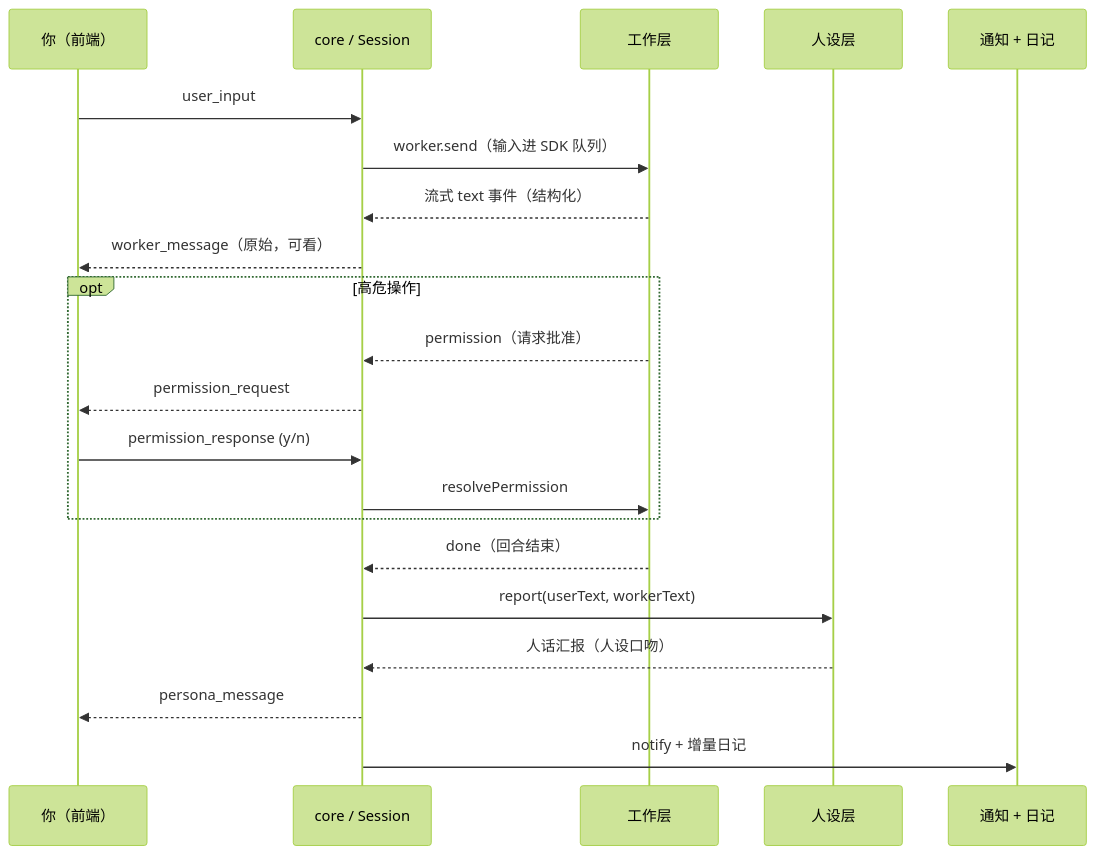
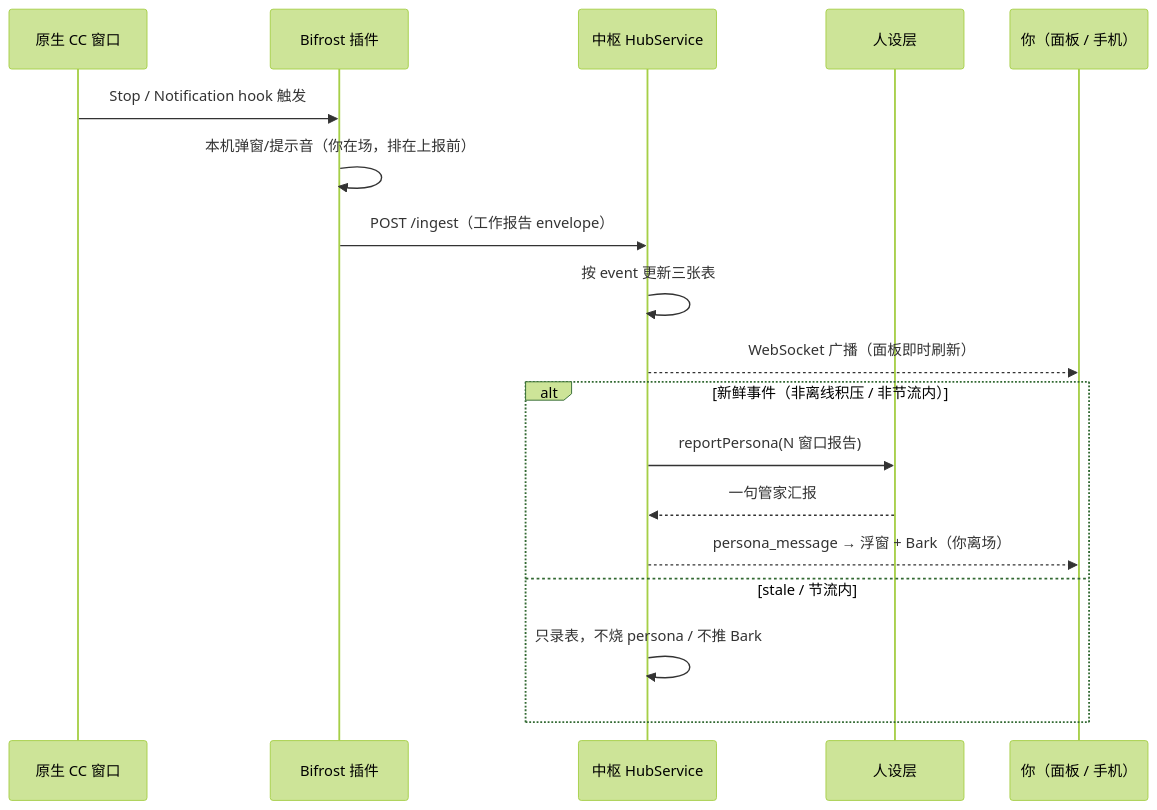
The second of 2 diagrams in docs/architecture.md (tobenot/majordomo), drawn with Mermaid (forest theme) before and after one commit. The commit also changed other lines of this file and 1 other file, not shown here.

````diff
--- a/docs/architecture.md
+++ b/docs/architecture.md
@@ -71,24 +68,21 @@
 ```mermaid
 sequenceDiagram
-  participant U as 你（前端）
-  participant C as core / Session
-  participant W as 工作层
+  participant W as 原生 CC 窗口
+  participant B as Bifrost 插件
+  participant H as 中枢 HubService
   participant P as 人设层
-  participant N as 通知 + 日记
+  participant Y as 你（面板 / 手机）
 
-  U->>C: user_input
-  C->>W: worker.send（输入进 SDK 队列）
-  W-->>C: 流式 text 事件（结构化）
-  C-->>U: worker_message（原始，可看）
-  opt 高危操作
-    W-->>C: permission（请求批准）
-    C-->>U: permission_request
-    U->>C: permission_response (y/n)
-    C->>W: resolvePermission
+  W->>B: Stop / Notification hook 触发
+  B->>B: 本机弹窗/提示音（你在场，排在上报前）
+  B->>H: POST /ingest（工作报告 envelope）
+  H->>H: 按 event 更新三张表
+  H-->>Y: WebSocket 广播（面板即时刷新）
+  alt 新鲜事件（非离线积压 / 非节流内）
+    H->>P: reportPersona(N 窗口报告)
+    P-->>H: 一句管家汇报
+    H-->>Y: persona_message → 浮窗 + Bark（你离场）
+  else stale / 节流内
+    H->>H: 只录表，不烧 persona / 不推 Bark
   end
-  W-->>C: done（回合结束）
-  C->>P: report(userText, workerText)
-  P-->>C: 人话汇报（人设口吻）
-  C-->>U: persona_message
-  C->>N: notify + 增量日记
 ```
````
